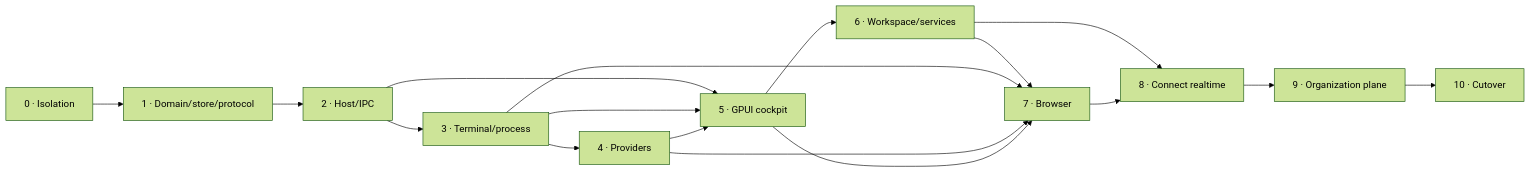
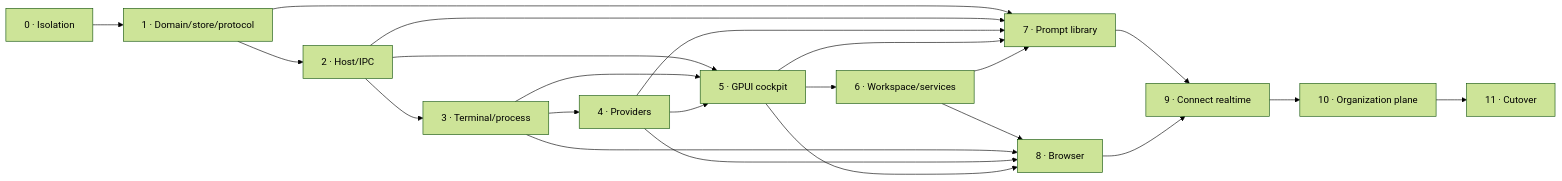
One commit to userfirstdigital/devmanager changed the diagram in docs/superpowers/plans/2026-08-04-native-gpui-kernel-program.md. Above: the diagram before and after it, drawn with Mermaid (forest theme). The commit also changed other lines of this file and 13 other files, not shown here.

Commit message:
docs: finalize native kernel implementation roadmap

````diff
--- a/docs/superpowers/plans/2026-08-04-native-gpui-kernel-program.md
+++ b/docs/superpowers/plans/2026-08-04-native-gpui-kernel-program.md
@@ -56,19 +67,24 @@
 ```mermaid
 flowchart LR
     P0["0 · Isolation"] --> P1["1 · Domain/store/protocol"]
     P1 --> P2["2 · Host/IPC"]
     P2 --> P3["3 · Terminal/process"]
     P3 --> P4["4 · Providers"]
     P2 --> P5["5 · GPUI cockpit"]
     P3 --> P5
     P4 --> P5
     P5 --> P6["6 · Workspace/services"]
-    P6 --> P7
-    P3 --> P7["7 · Browser"]
+    P1 --> P7["7 · Prompt library"]
+    P2 --> P7
     P4 --> P7
     P5 --> P7
-    P6 --> P8["8 · Connect realtime"]
-    P7 --> P8
-    P8 --> P9["9 · Organization plane"]
-    P9 --> P10["10 · Cutover"]
+    P6 --> P7
+    P6 --> P8
+    P3 --> P8["8 · Browser"]
+    P4 --> P8
+    P5 --> P8
+    P7 --> P9["9 · Connect realtime"]
+    P8 --> P9
+    P9 --> P10["10 · Organization plane"]
+    P10 --> P11["11 · Cutover"]
 ```
````
